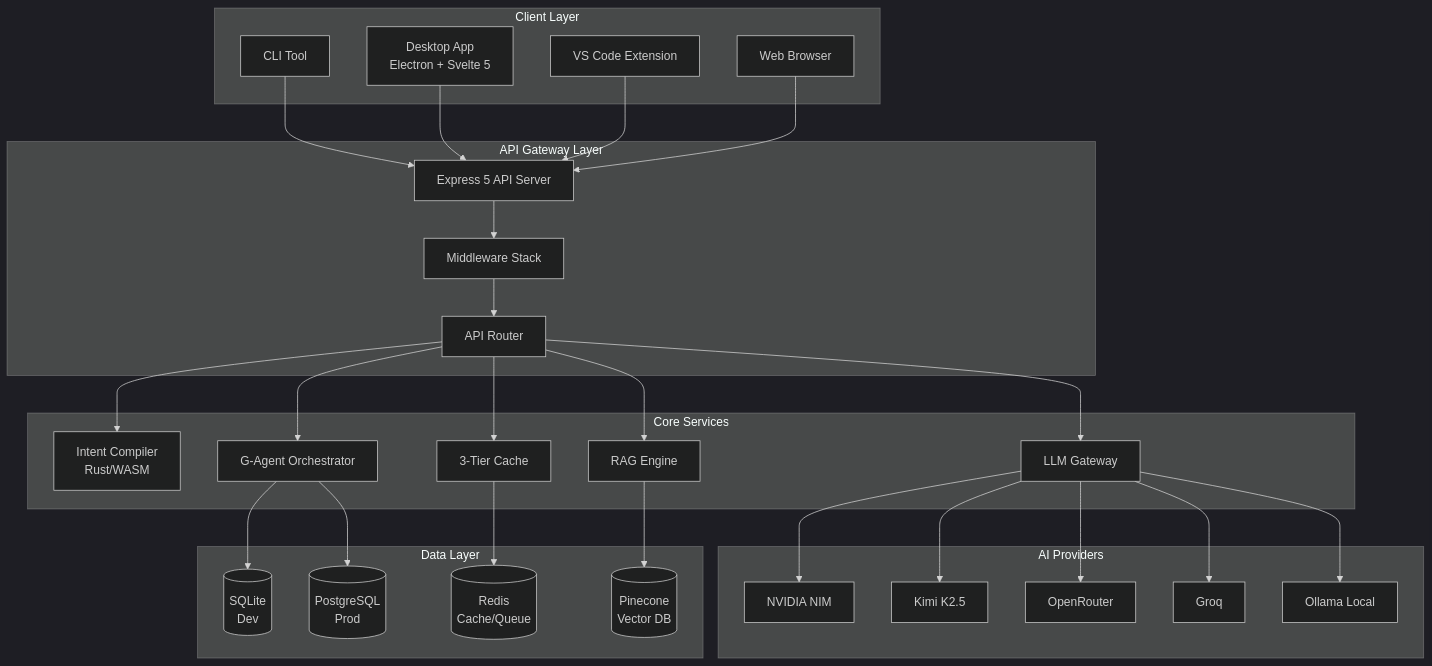
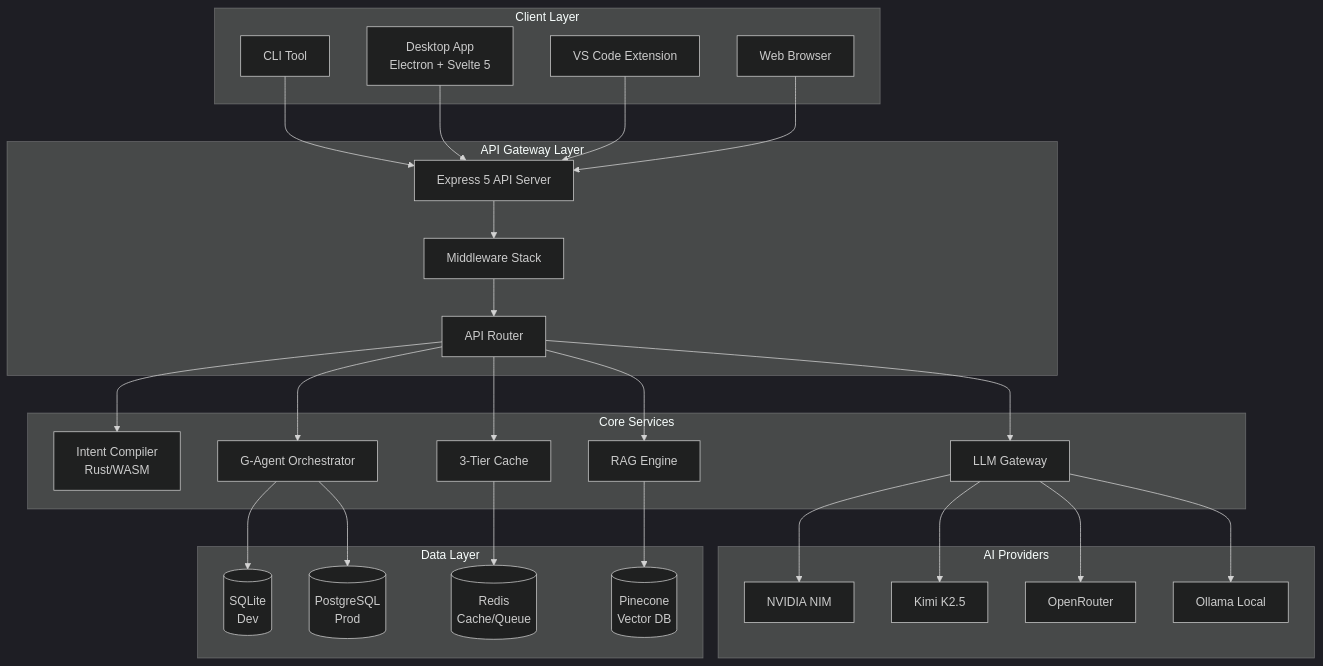
One commit to Aphrodine-wq/GRUMPCO changed the first of 3 diagrams in docs/ARCHITECTURE.md. Above: the diagram before and after it, drawn with Mermaid (dark theme). The commit also changed other lines of this file and 939 other files, not shown here.

````diff
--- a/docs/ARCHITECTURE.md
+++ b/docs/ARCHITECTURE.md
@@ -40,62 +40,60 @@
 ```mermaid
 graph TB
     subgraph "Client Layer"
         CLI[CLI Tool]
         Desktop[Desktop App<br/>Electron + Svelte 5]
         VSCode[VS Code Extension]
         Web[Web Browser]
     end
 
     subgraph "API Gateway Layer"
         Express[Express 5 API Server]
         Middleware[Middleware Stack]
         Router[API Router]
     end
 
     subgraph "Core Services"
         Intent[Intent Compiler<br/>Rust/WASM]
         LLMRouter[LLM Gateway]
         Cache[3-Tier Cache]
         RAG[RAG Engine]
         Agents[G-Agent Orchestrator]
     end
 
     subgraph "AI Providers"
         NIM[NVIDIA NIM]
         Kimi[Kimi K2.5]
         OpenRouter[OpenRouter]
-        Groq[Groq]
         Ollama[Ollama Local]
     end
 
     subgraph "Data Layer"
         SQLite[(SQLite<br/>Dev)]
         Postgres[(PostgreSQL<br/>Prod)]
         Redis[(Redis<br/>Cache/Queue)]
         Pinecone[(Pinecone<br/>Vector DB)]
     end
 
     CLI --> Express
     Desktop --> Express
     VSCode --> Express
     Web --> Express
 
     Express --> Middleware
     Middleware --> Router
     Router --> Intent
     Router --> LLMRouter
     Router --> Cache
     Router --> RAG
     Router --> Agents
 
     LLMRouter --> NIM
     LLMRouter --> Kimi
     LLMRouter --> OpenRouter
-    LLMRouter --> Groq
     LLMRouter --> Ollama
 
     Agents --> SQLite
     Agents --> Postgres
     Cache --> Redis
     RAG --> Pinecone
 ```
````
